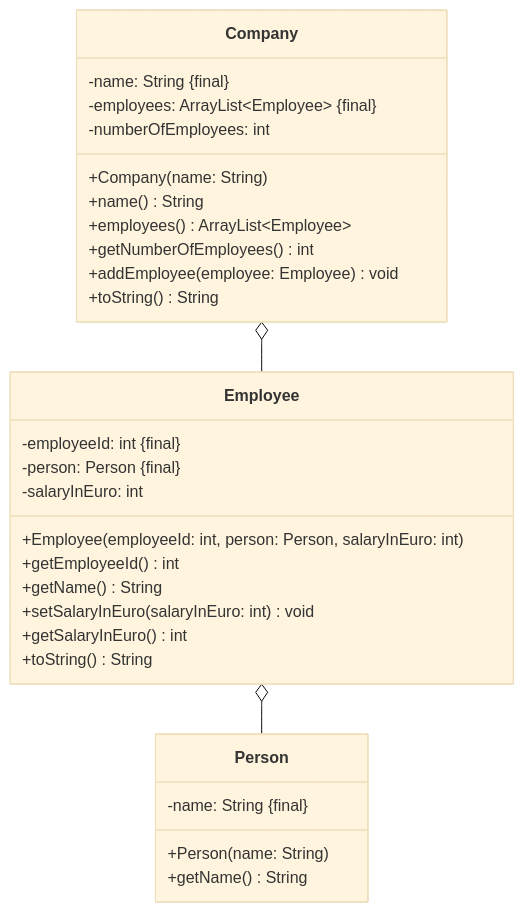
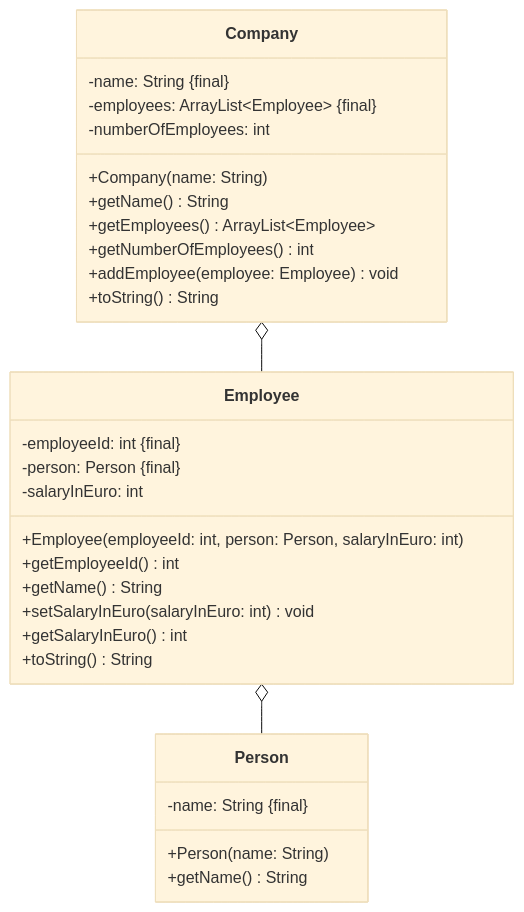
The diagram in docs/exercises/class-diagrams/class-diagrams04.mdx (jappuccini/java-docs), drawn with Mermaid (base theme) before and after one commit. The commit also changed other lines of this file and 2 other files, not shown here.

Commit message:
fix exercises

````diff
--- a/docs/exercises/class-diagrams/class-diagrams04.mdx
+++ b/docs/exercises/class-diagrams/class-diagrams04.mdx
@@ -15,35 +15,35 @@
 ```mermaid
 classDiagram
     Company o-- Employee
     Employee o-- Person
 
     class Company {
         -name: String &#123final&#125
         -employees: ArrayList~Employee~ &#123final&#125
         -numberOfEmployees: int
         +Company(name: String)
-        +name() String
-        +employees() ArrayList~Employee~
+        +getName() String
+        +getEmployees() ArrayList~Employee~
         +getNumberOfEmployees() int
         +addEmployee(employee: Employee) void
         +toString() String
     }
 
     class Person {
         -name: String &#123final&#125
         +Person(name: String)
         +getName() String
     }
 
     class Employee {
         -employeeId: int &#123final&#125
         -person: Person &#123final&#125
         -salaryInEuro: int
         +Employee(employeeId: int, person: Person, salaryInEuro: int)
         +getEmployeeId() int
         +getName() String
         +setSalaryInEuro(salaryInEuro: int) void
         +getSalaryInEuro() int
         +toString() String
     }
 ```
````
